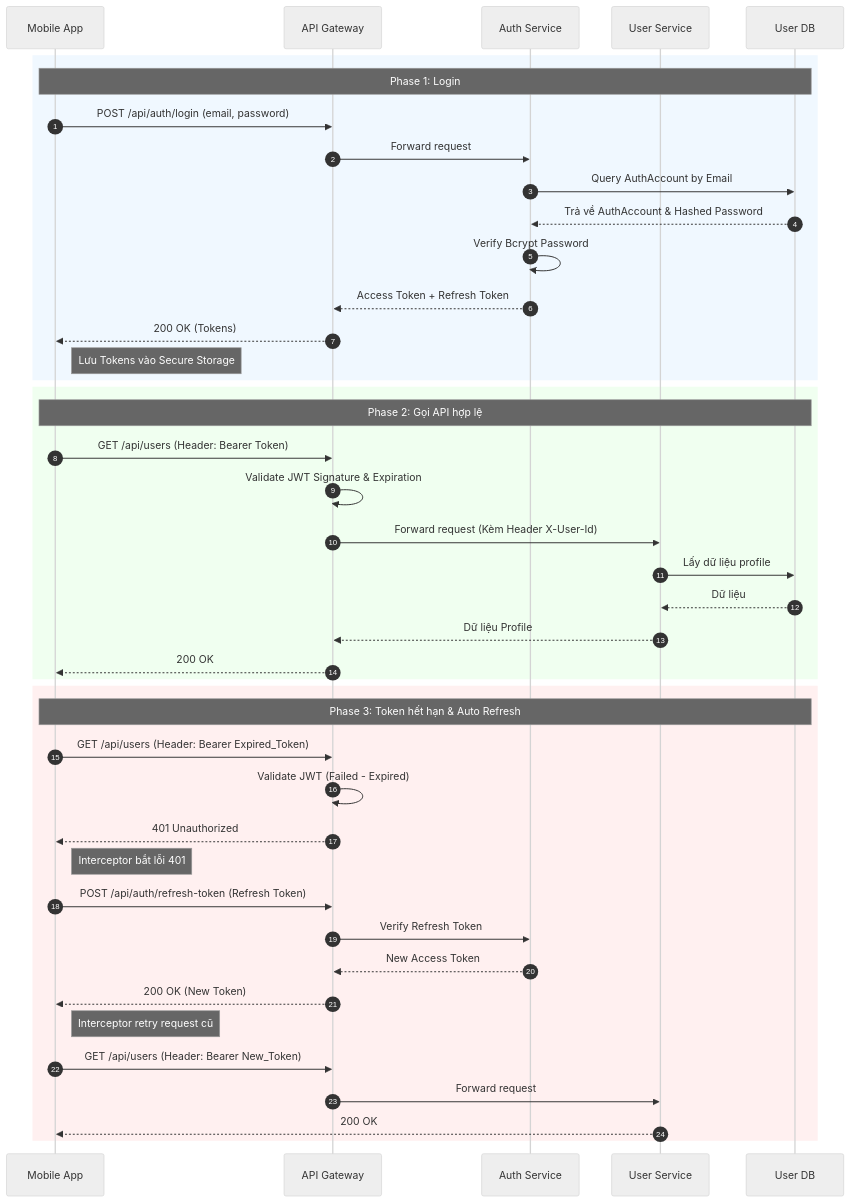
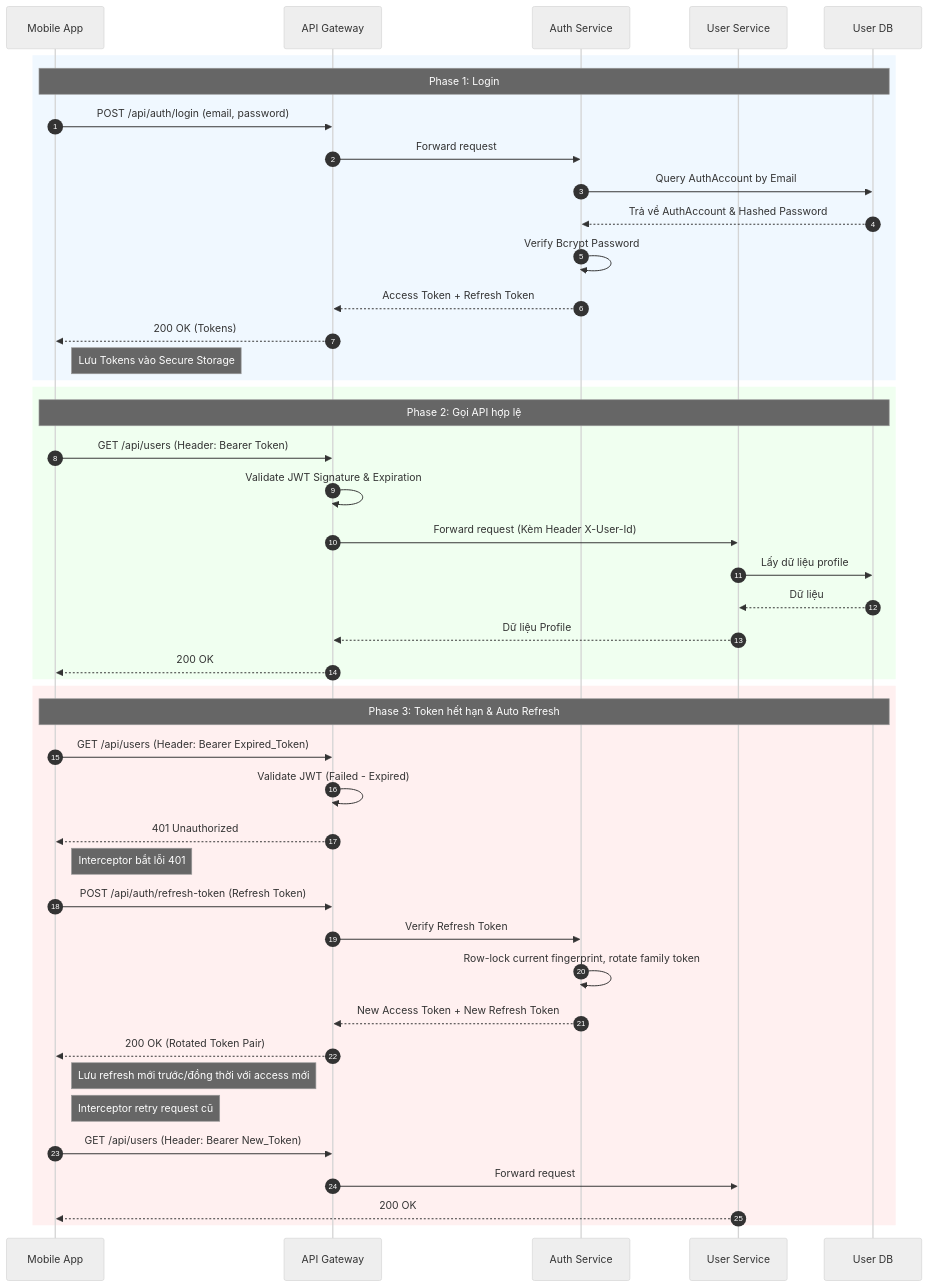
One commit to hoanganhnth/delivery_backend changed the diagram in docs/services/auth_and_users.md. Above: the diagram before and after it, drawn with Mermaid (neutral theme). The commit also changed other lines of this file and 46 other files, not shown here.

Commit message:
feat(auth): add account recovery and token rotation

````diff
--- a/docs/services/auth_and_users.md
+++ b/docs/services/auth_and_users.md
@@ -62,55 +72,57 @@
 ```mermaid
 sequenceDiagram
     autonumber
     participant App as Mobile App
     participant GW as API Gateway
     participant Auth as Auth Service
     participant User as User Service
     participant DB as User DB
 
     %% Đăng nhập ban đầu
     rect rgb(240, 248, 255)
         Note over App, DB: Phase 1: Login
         App->>GW: POST /api/auth/login (email, password)
         GW->>Auth: Forward request
         Auth->>DB: Query AuthAccount by Email
         DB-->>Auth: Trả về AuthAccount & Hashed Password
         Auth->>Auth: Verify Bcrypt Password
         Auth-->>GW: Access Token + Refresh Token
         GW-->>App: 200 OK (Tokens)
         Note right of App: Lưu Tokens vào Secure Storage
     end
 
     %% Gọi API thông thường
     rect rgb(240, 255, 240)
         Note over App, DB: Phase 2: Gọi API hợp lệ
         App->>GW: GET /api/users (Header: Bearer Token)
         GW->>GW: Validate JWT Signature & Expiration
         GW->>User: Forward request (Kèm Header X-User-Id)
         User->>DB: Lấy dữ liệu profile
         DB-->>User: Dữ liệu
         User-->>GW: Dữ liệu Profile
         GW-->>App: 200 OK
     end
 
     %% Gọi API khi Token hết hạn
     rect rgb(255, 240, 240)
         Note over App, DB: Phase 3: Token hết hạn & Auto Refresh
         App->>GW: GET /api/users (Header: Bearer Expired_Token)
         GW->>GW: Validate JWT (Failed - Expired)
         GW-->>App: 401 Unauthorized
         
         %% App bắt lỗi 401 và tự động gọi refresh
         Note right of App: Interceptor bắt lỗi 401
         App->>GW: POST /api/auth/refresh-token (Refresh Token)
         GW->>Auth: Verify Refresh Token
-        Auth-->>GW: New Access Token
-        GW-->>App: 200 OK (New Token)
+        Auth->>Auth: Row-lock current fingerprint, rotate family token
+        Auth-->>GW: New Access Token + New Refresh Token
+        GW-->>App: 200 OK (Rotated Token Pair)
+        Note right of App: Lưu refresh mới trước/đồng thời với access mới
         
         %% Retry request ban đầu
         Note right of App: Interceptor retry request cũ
         App->>GW: GET /api/users (Header: Bearer New_Token)
         GW->>User: Forward request
         User-->>App: 200 OK
     end
 ```
````
